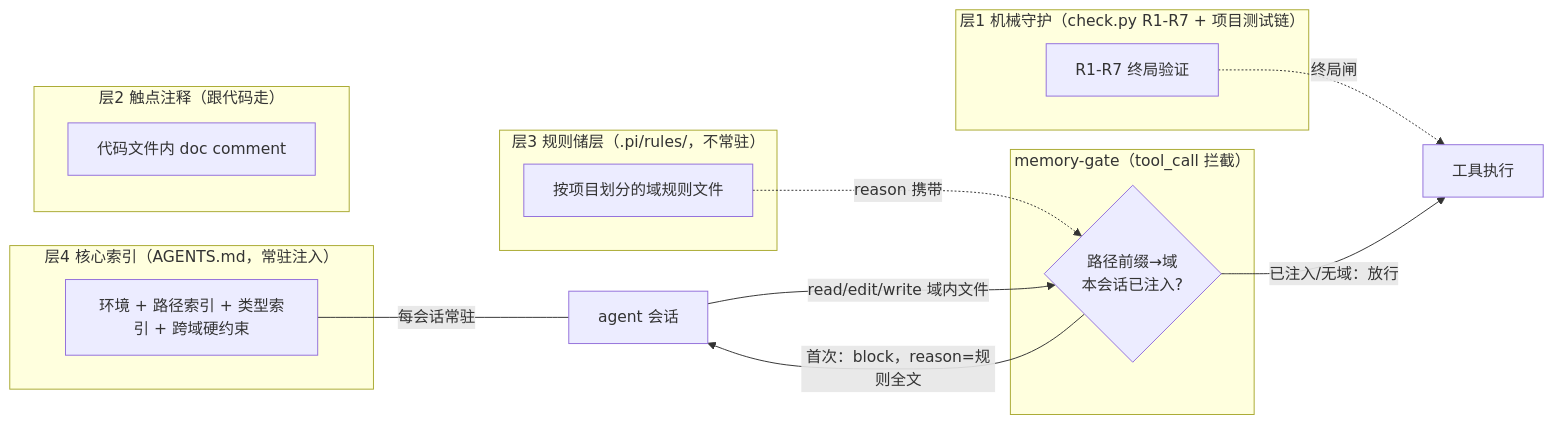
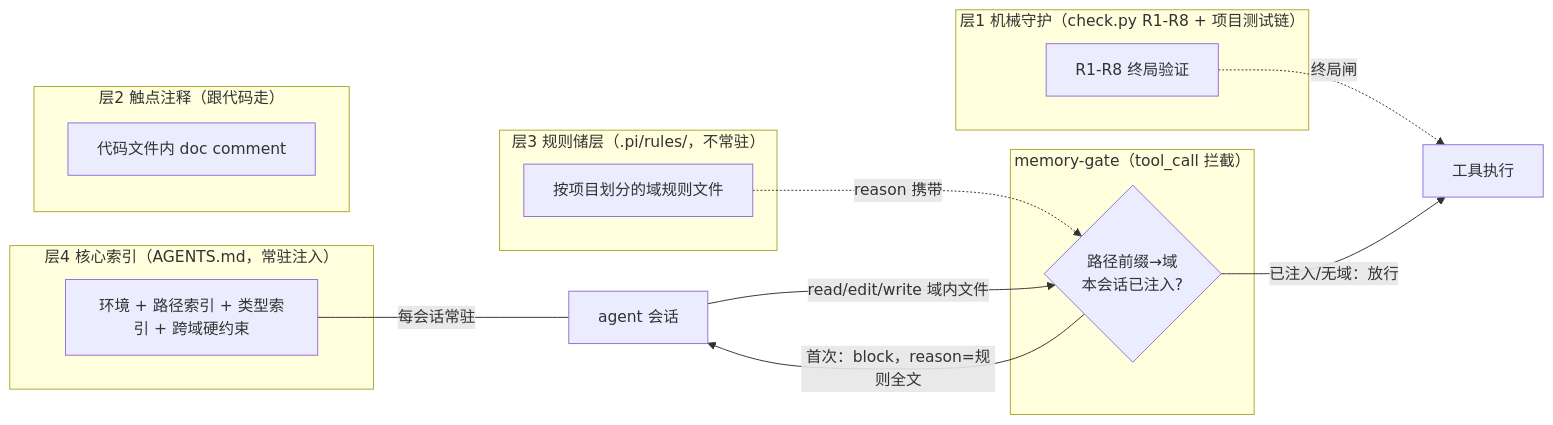
One commit to wenge6090-tech/bcp-kit changed the third of 4 diagrams in README.md. Above: the diagram before and after it, drawn with Mermaid. The commit also changed other lines of this file and 1 other file, not shown here.

First line of the commit message:
docs: README 补全 sleep 机制 — 四图更新 + 闸门表 + 证据流同步（用户审查发现）

````diff
--- a/README.md
+++ b/README.md
@@ -253,24 +261,24 @@
 ```mermaid
 flowchart LR
     subgraph L4["层4 核心索引（AGENTS.md，常驻注入）"]
         IDX["环境 + 路径索引 + 类型索引 + 跨域硬约束"]
     end
     subgraph L3["层3 规则储层（.pi/rules/，不常驻）"]
         RF["按项目划分的域规则文件"]
     end
     subgraph GATE["memory-gate（tool_call 拦截）"]
         D{"路径前缀→域\n本会话已注入?"}
     end
     subgraph L2["层2 触点注释（跟代码走）"]
         TP["代码文件内 doc comment"]
     end
-    subgraph L1["层1 机械守护（check.py R1-R7 + 项目测试链）"]
-        MECH["R1-R7 终局验证"]
+    subgraph L1["层1 机械守护（check.py R1-R8 + 项目测试链）"]
+        MECH["R1-R8 终局验证"]
     end
     A["agent 会话"] -->|"read/edit/write 域内文件"| D
     D -->|"首次：block，reason=规则全文"| A
     D -->|"已注入/无域：放行"| E["工具执行"]
     IDX ---|"每会话常驻"| A
     RF -.->|"reason 携带"| D
     MECH -.->|"终局闸"| E
 ```
````
